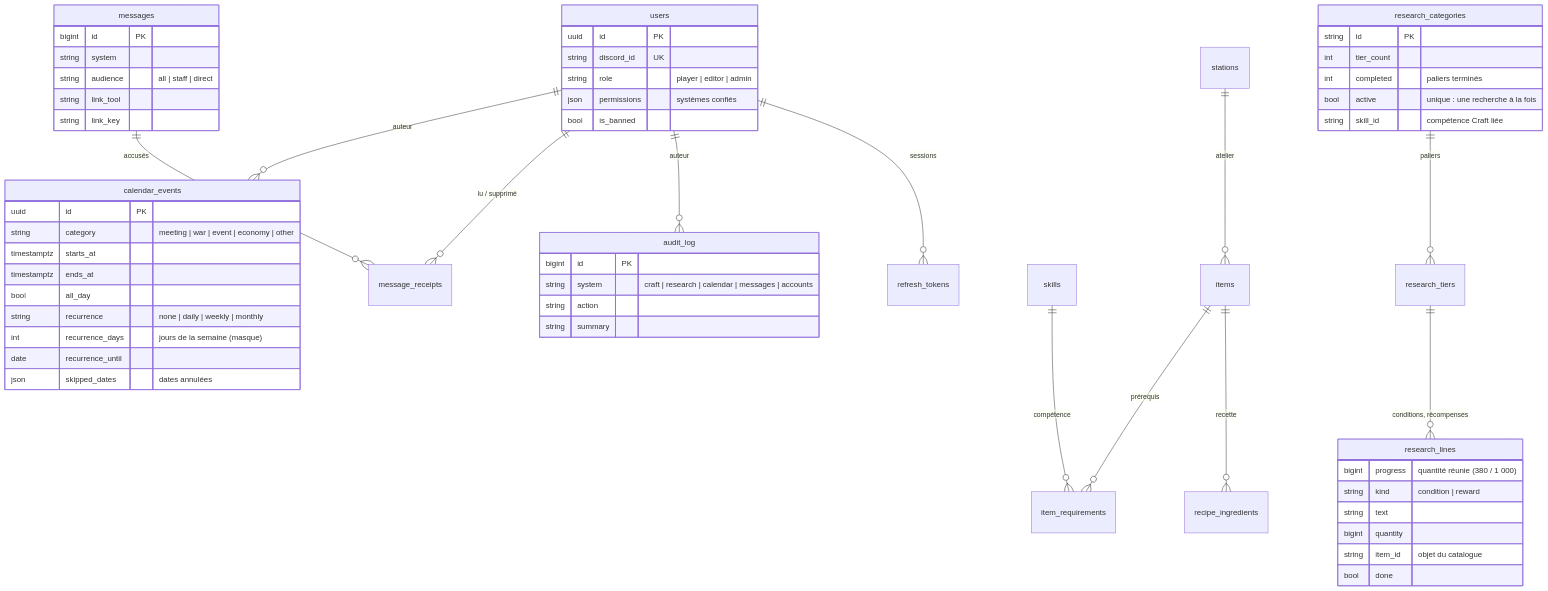
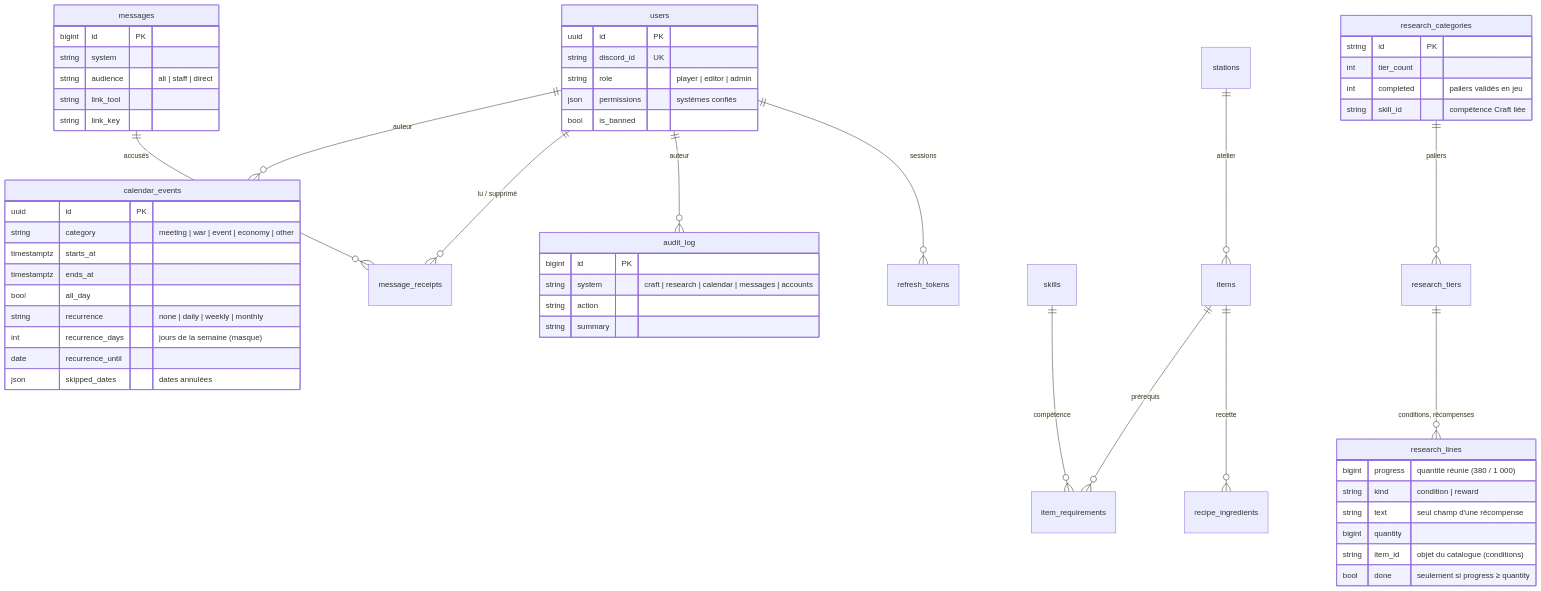
One commit to Ruixi62/Syncron changed the diagram in docs/ARCHITECTURE.md. Above: the diagram before and after it, drawn with Mermaid. The commit also changed other lines of this file and 21 other files, not shown here.

````diff
--- a/docs/ARCHITECTURE.md
+++ b/docs/ARCHITECTURE.md
@@ -36,60 +36,59 @@
 ```mermaid
 erDiagram
     users ||--o{ refresh_tokens : "sessions"
     users ||--o{ audit_log : "auteur"
     users ||--o{ message_receipts : "lu / supprimé"
     messages ||--o{ message_receipts : "accusés"
     stations ||--o{ items : "atelier"
     items ||--o{ recipe_ingredients : "recette"
     items ||--o{ item_requirements : "prérequis"
     skills ||--o{ item_requirements : "compétence"
     research_categories ||--o{ research_tiers : "paliers"
     research_tiers ||--o{ research_lines : "conditions, récompenses"
     users ||--o{ calendar_events : "auteur"
     users {
         uuid id PK
         string discord_id UK
         string role "player | editor | admin"
         json permissions "systèmes confiés"
         bool is_banned
     }
     audit_log {
         bigint id PK
         string system "craft | research | calendar | messages | accounts"
         string action
         string summary
     }
     research_categories {
         string id PK
         int tier_count
-        int completed "paliers terminés"
-        bool active "unique : une recherche à la fois"
+        int completed "paliers validés en jeu"
         string skill_id "compétence Craft liée"
     }
     research_lines {
         bigint progress "quantité réunie (380 / 1 000)"
         string kind "condition | reward"
-        string text
+        string text "seul champ d'une récompense"
         bigint quantity
-        string item_id "objet du catalogue"
-        bool done
+        string item_id "objet du catalogue (conditions)"
+        bool done "seulement si progress ≥ quantity"
     }
     calendar_events {
         uuid id PK
         string category "meeting | war | event | economy | other"
         timestamptz starts_at
         timestamptz ends_at
         bool all_day
         string recurrence "none | daily | weekly | monthly"
         int recurrence_days "jours de la semaine (masque)"
         date recurrence_until
         json skipped_dates "dates annulées"
     }
     messages {
         bigint id PK
         string system
         string audience "all | staff | direct"
         string link_tool
         string link_key
     }
 ```
````
